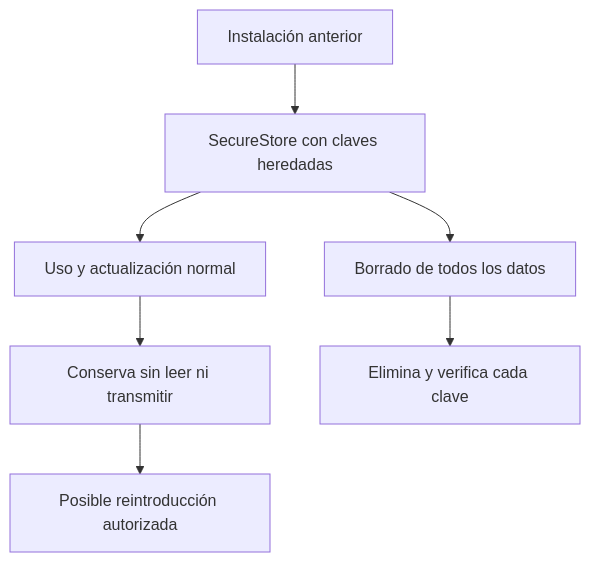
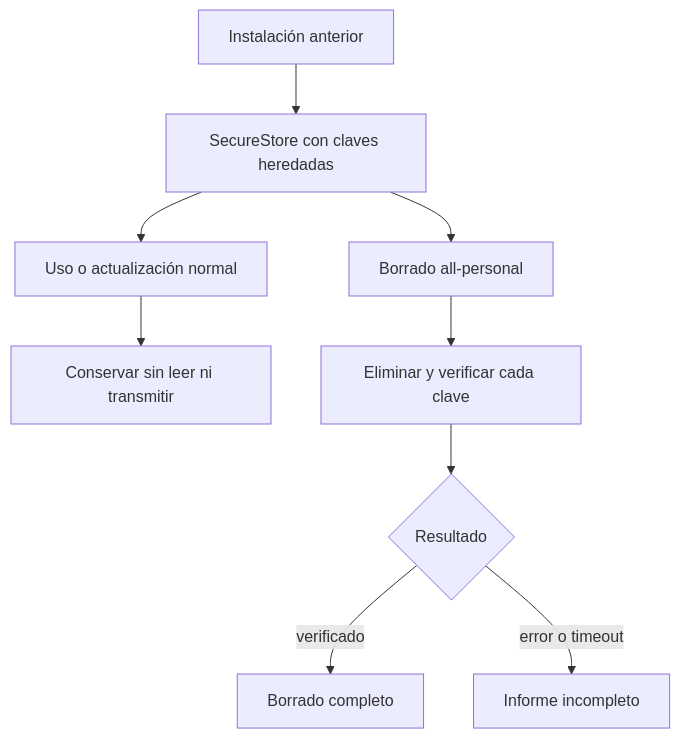
Before and after one commit to maximofn/gymnasia: the first of 2 diagrams in openwiki/integrations/vivagym-and-updates.md, drawn with Mermaid. The commit also changed other lines of this file and 52 other files, not shown here.

````diff
--- a/openwiki/integrations/vivagym-and-updates.md
+++ b/openwiki/integrations/vivagym-and-updates.md
@@ -51,9 +53,11 @@
 ```mermaid
 flowchart TD
-    Legacy["Instalación anterior"] --> Secure["SecureStore con claves heredadas"]
-    Secure --> Normal["Uso y actualización normal"]
-    Normal --> Retain["Conserva sin leer ni transmitir"]
-    Secure --> Full["Borrado de todos los datos"]
-    Full --> Delete["Elimina y verifica cada clave"]
-    Retain --> Future["Posible reintroducción autorizada"]
+    Previous["Instalación anterior"] --> Secrets["SecureStore con claves heredadas"]
+    Secrets --> Normal["Uso o actualización normal"]
+    Normal --> Retain["Conservar sin leer ni transmitir"]
+    Secrets --> Full["Borrado all-personal"]
+    Full --> Delete["Eliminar y verificar cada clave"]
+    Delete --> Result{"Resultado"}
+    Result -->|"verificado"| Complete["Borrado completo"]
+    Result -->|"error o timeout"| Incomplete["Informe incompleto"]
 ```
````
